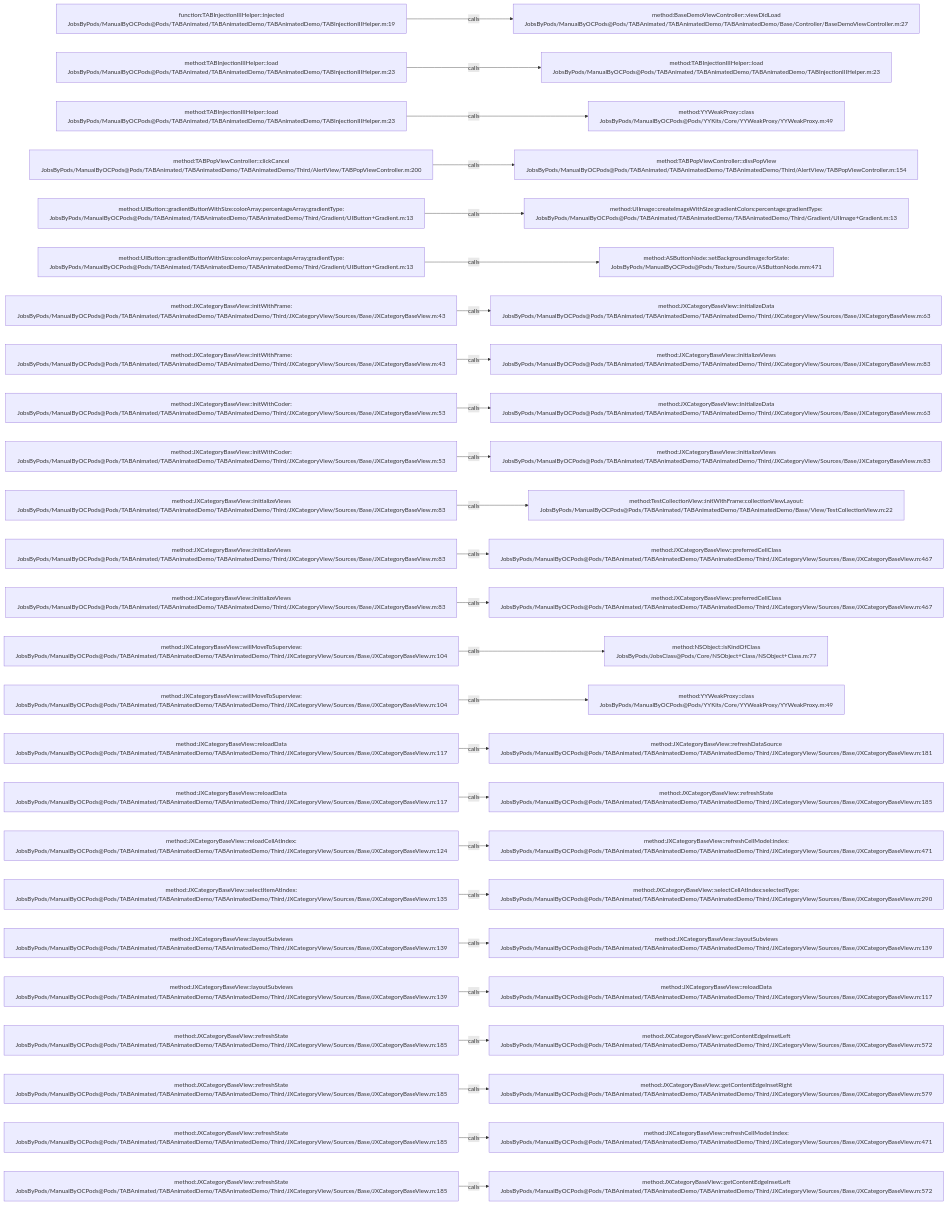
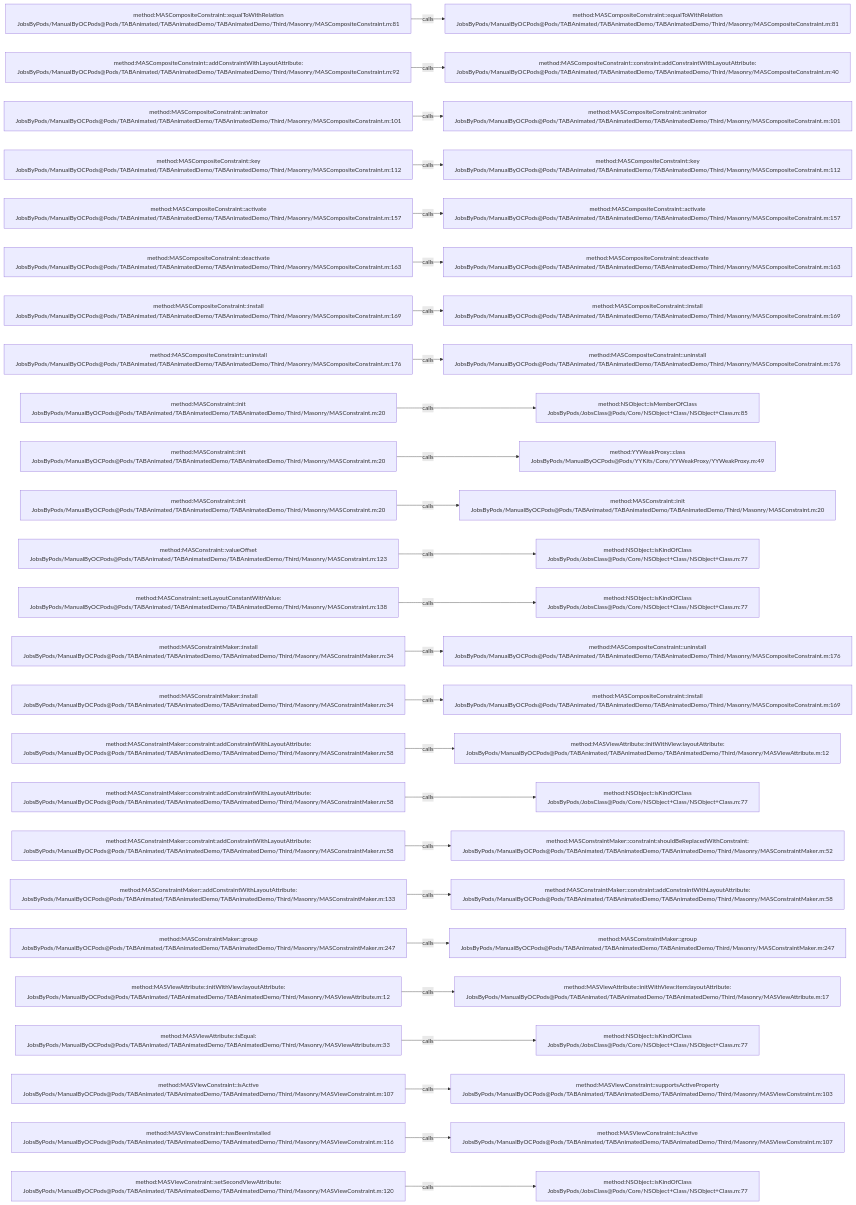
Before and after one commit to JobsKits/JobsOCBaseConfigDemo: the diagram in .codegraph/codegraph.md/graphs/calls-042.md, drawn with Mermaid. The commit also changed 1353 other files, not shown here.

````diff
--- a/.codegraph/codegraph.md/graphs/calls-042.md
+++ b/.codegraph/codegraph.md/graphs/calls-042.md
@@ -13,78 +13,78 @@
 ```mermaid
 flowchart LR
-  S1["function:TABInjectionIIIHelper::injected<br/>JobsByPods/ManualByOCPods@Pods/TABAnimated/TABAnimatedDemo/TABAnimatedDemo/TABInjectionIIIHelper.m:19"]
-  T1["method:BaseDemoViewController::viewDidLoad<br/>JobsByPods/ManualByOCPods@Pods/TABAnimated/TABAnimatedDemo/TABAnimatedDemo/Base/Controller/BaseDemoViewController.m:27"]
+  S1["method:MASCompositeConstraint::equalToWithRelation<br/>JobsByPods/ManualByOCPods@Pods/TABAnimated/TABAnimatedDemo/TABAnimatedDemo/Third/Masonry/MASCompositeConstraint.m:81"]
+  T1["method:MASCompositeConstraint::equalToWithRelation<br/>JobsByPods/ManualByOCPods@Pods/TABAnimated/TABAnimatedDemo/TABAnimatedDemo/Third/Masonry/MASCompositeConstraint.m:81"]
   S1 -->|calls| T1
-  S2["method:TABInjectionIIIHelper::load<br/>JobsByPods/ManualByOCPods@Pods/TABAnimated/TABAnimatedDemo/TABAnimatedDemo/TABInjectionIIIHelper.m:23"]
-  T2["method:TABInjectionIIIHelper::load<br/>JobsByPods/ManualByOCPods@Pods/TABAnimated/TABAnimatedDemo/TABAnimatedDemo/TABInjectionIIIHelper.m:23"]
+  S2["method:MASCompositeConstraint::addConstraintWithLayoutAttribute:<br/>JobsByPods/ManualByOCPods@Pods/TABAnimated/TABAnimatedDemo/TABAnimatedDemo/Third/Masonry/MASCompositeConstraint.m:92"]
+  T2["method:MASCompositeConstraint::constraint:addConstraintWithLayoutAttribute:<br/>JobsByPods/ManualByOCPods@Pods/TABAnimated/TABAnimatedDemo/TABAnimatedDemo/Third/Masonry/MASCompositeConstraint.m:40"]
   S2 -->|calls| T2
-  S3["method:TABInjectionIIIHelper::load<br/>JobsByPods/ManualByOCPods@Pods/TABAnimated/TABAnimatedDemo/TABAnimatedDemo/TABInjectionIIIHelper.m:23"]
-  T3["method:YYWeakProxy::class<br/>JobsByPods/ManualByOCPods@Pods/YYKits/Core/YYWeakProxy/YYWeakProxy.m:49"]
+  S3["method:MASCompositeConstraint::animator<br/>JobsByPods/ManualByOCPods@Pods/TABAnimated/TABAnimatedDemo/TABAnimatedDemo/Third/Masonry/MASCompositeConstraint.m:101"]
+  T3["method:MASCompositeConstraint::animator<br/>JobsByPods/ManualByOCPods@Pods/TABAnimated/TABAnimatedDemo/TABAnimatedDemo/Third/Masonry/MASCompositeConstraint.m:101"]
   S3 -->|calls| T3
-  S4["method:TABPopViewController::clickCancel<br/>JobsByPods/ManualByOCPods@Pods/TABAnimated/TABAnimatedDemo/TABAnimatedDemo/Third/AlertView/TABPopViewController.m:200"]
-  T4["method:TABPopViewController::dissPopView<br/>JobsByPods/ManualByOCPods@Pods/TABAnimated/TABAnimatedDemo/TABAnimatedDemo/Third/AlertView/TABPopViewController.m:154"]
+  S4["method:MASCompositeConstraint::key<br/>JobsByPods/ManualByOCPods@Pods/TABAnimated/TABAnimatedDemo/TABAnimatedDemo/Third/Masonry/MASCompositeConstraint.m:112"]
+  T4["method:MASCompositeConstraint::key<br/>JobsByPods/ManualByOCPods@Pods/TABAnimated/TABAnimatedDemo/TABAnimatedDemo/Third/Masonry/MASCompositeConstraint.m:112"]
   S4 -->|calls| T4
-  S5["method:UIButton::gradientButtonWithSize:colorArray:percentageArray:gradientType:<br/>JobsByPods/ManualByOCPods@Pods/TABAnimated/TABAnimatedDemo/TABAnimatedDemo/Third/Gradient/UIButton+Gradient.m:13"]
-  T5["method:UIImage::createImageWithSize:gradientColors:percentage:gradientType:<br/>JobsByPods/ManualByOCPods@Pods/TABAnimated/TABAnimatedDemo/TABAnimatedDemo/Third/Gradient/UIImage+Gradient.m:13"]
+  S5["method:MASCompositeConstraint::activate<br/>JobsByPods/ManualByOCPods@Pods/TABAnimated/TABAnimatedDemo/TABAnimatedDemo/Third/Masonry/MASCompositeConstraint.m:157"]
+  T5["method:MASCompositeConstraint::activate<br/>JobsByPods/ManualByOCPods@Pods/TABAnimated/TABAnimatedDemo/TABAnimatedDemo/Third/Masonry/MASCompositeConstraint.m:157"]
   S5 -->|calls| T5
-  S6["method:UIButton::gradientButtonWithSize:colorArray:percentageArray:gradientType:<br/>JobsByPods/ManualByOCPods@Pods/TABAnimated/TABAnimatedDemo/TABAnimatedDemo/Third/Gradient/UIButton+Gradient.m:13"]
-  T6["method:ASButtonNode::setBackgroundImage:forState:<br/>JobsByPods/ManualByOCPods@Pods/Texture/Source/ASButtonNode.mm:471"]
+  S6["method:MASCompositeConstraint::deactivate<br/>JobsByPods/ManualByOCPods@Pods/TABAnimated/TABAnimatedDemo/TABAnimatedDemo/Third/Masonry/MASCompositeConstraint.m:163"]
+  T6["method:MASCompositeConstraint::deactivate<br/>JobsByPods/ManualByOCPods@Pods/TABAnimated/TABAnimatedDemo/TABAnimatedDemo/Third/Masonry/MASCompositeConstraint.m:163"]
   S6 -->|calls| T6
-  S7["method:JXCategoryBaseView::initWithFrame:<br/>JobsByPods/ManualByOCPods@Pods/TABAnimated/TABAnimatedDemo/TABAnimatedDemo/Third/JXCategoryView/Sources/Base/JXCategoryBaseView.m:43"]
-  T7["method:JXCategoryBaseView::initializeData<br/>JobsByPods/ManualByOCPods@Pods/TABAnimated/TABAnimatedDemo/TABAnimatedDemo/Third/JXCategoryView/Sources/Base/JXCategoryBaseView.m:63"]
+  S7["method:MASCompositeConstraint::install<br/>JobsByPods/ManualByOCPods@Pods/TABAnimated/TABAnimatedDemo/TABAnimatedDemo/Third/Masonry/MASCompositeConstraint.m:169"]
+  T7["method:MASCompositeConstraint::install<br/>JobsByPods/ManualByOCPods@Pods/TABAnimated/TABAnimatedDemo/TABAnimatedDemo/Third/Masonry/MASCompositeConstraint.m:169"]
   S7 -->|calls| T7
-  S8["method:JXCategoryBaseView::initWithFrame:<br/>JobsByPods/ManualByOCPods@Pods/TABAnimated/TABAnimatedDemo/TABAnimatedDemo/Third/JXCategoryView/Sources/Base/JXCategoryBaseView.m:43"]
-  T8["method:JXCategoryBaseView::initializeViews<br/>JobsByPods/ManualByOCPods@Pods/TABAnimated/TABAnimatedDemo/TABAnimatedDemo/Third/JXCategoryView/Sources/Base/JXCategoryBaseView.m:83"]
+  S8["method:MASCompositeConstraint::uninstall<br/>JobsByPods/ManualByOCPods@Pods/TABAnimated/TABAnimatedDemo/TABAnimatedDemo/Third/Masonry/MASCompositeConstraint.m:176"]
+  T8["method:MASCompositeConstraint::uninstall<br/>JobsByPods/ManualByOCPods@Pods/TABAnimated/TABAnimatedDemo/TABAnimatedDemo/Third/Masonry/MASCompositeConstraint.m:176"]
   S8 -->|calls| T8
-  S9["method:JXCategoryBaseView::initWithCoder:<br/>JobsByPods/ManualByOCPods@Pods/TABAnimated/TABAnimatedDemo/TABAnimatedDemo/Third/JXCategoryView/Sources/Base/JXCategoryBaseView.m:53"]
-  T9["method:JXCategoryBaseView::initializeData<br/>JobsByPods/ManualByOCPods@Pods/TABAnimated/TABAnimatedDemo/TABAnimatedDemo/Third/JXCategoryView/Sources/Base/JXCategoryBaseView.m:63"]
+  S9["method:MASConstraint::init<br/>JobsByPods/ManualByOCPods@Pods/TABAnimated/TABAnimatedDemo/TABAnimatedDemo/Third/Masonry/MASConstraint.m:20"]
+  T9["method:NSObject::isMemberOfClass<br/>JobsByPods/JobsClass@Pods/Core/NSObject+Class/NSObject+Class.m:85"]
   S9 -->|calls| T9
-  S10["method:JXCategoryBaseView::initWithCoder:<br/>JobsByPods/ManualByOCPods@Pods/TABAnimated/TABAnimatedDemo/TABAnimatedDemo/Third/JXCategoryView/Sources/Base/JXCategoryBaseView.m:53"]
-  T10["method:JXCategoryBaseView::initializeViews<br/>JobsByPods/ManualByOCPods@Pods/TABAnimated/TABAnimatedDemo/TABAnimatedDemo/Third/JXCategoryView/Sources/Base/JXCategoryBaseView.m:83"]
+  S10["method:MASConstraint::init<br/>JobsByPods/ManualByOCPods@Pods/TABAnimated/TABAnimatedDemo/TABAnimatedDemo/Third/Masonry/MASConstraint.m:20"]
+  T10["method:YYWeakProxy::class<br/>JobsByPods/ManualByOCPods@Pods/YYKits/Core/YYWeakProxy/YYWeakProxy.m:49"]
   S10 -->|calls| T10
-  S11["method:JXCategoryBaseView::initializeViews<br/>JobsByPods/ManualByOCPods@Pods/TABAnimated/TABAnimatedDemo/TABAnimatedDemo/Third/JXCategoryView/Sources/Base/JXCategoryBaseView.m:83"]
-  T11["method:TestCollectionView::initWithFrame:collectionViewLayout:<br/>JobsByPods/ManualByOCPods@Pods/TABAnimated/TABAnimatedDemo/TABAnimatedDemo/Base/View/TestCollectionView.m:22"]
+  S11["method:MASConstraint::init<br/>JobsByPods/ManualByOCPods@Pods/TABAnimated/TABAnimatedDemo/TABAnimatedDemo/Third/Masonry/MASConstraint.m:20"]
+  T11["method:MASConstraint::init<br/>JobsByPods/ManualByOCPods@Pods/TABAnimated/TABAnimatedDemo/TABAnimatedDemo/Third/Masonry/MASConstraint.m:20"]
   S11 -->|calls| T11
-  S12["method:JXCategoryBaseView::initializeViews<br/>JobsByPods/ManualByOCPods@Pods/TABAnimated/TABAnimatedDemo/TABAnimatedDemo/Third/JXCategoryView/Sources/Base/JXCategoryBaseView.m:83"]
-  T12["method:JXCategoryBaseView::preferredCellClass<br/>JobsByPods/ManualByOCPods@Pods/TABAnimated/TABAnimatedDemo/TABAnimatedDemo/Third/JXCategoryView/Sources/Base/JXCategoryBaseView.m:467"]
+  S12["method:MASConstraint::valueOffset<br/>JobsByPods/ManualByOCPods@Pods/TABAnimated/TABAnimatedDemo/TABAnimatedDemo/Third/Masonry/MASConstraint.m:123"]
+  T12["method:NSObject::isKindOfClass<br/>JobsByPods/JobsClass@Pods/Core/NSObject+Class/NSObject+Class.m:77"]
   S12 -->|calls| T12
-  S13["method:JXCategoryBaseView::initializeViews<br/>JobsByPods/ManualByOCPods@Pods/TABAnimated/TABAnimatedDemo/TABAnimatedDemo/Third/JXCategoryView/Sources/Base/JXCategoryBaseView.m:83"]
-  T13["method:JXCategoryBaseView::preferredCellClass<br/>JobsByPods/ManualByOCPods@Pods/TABAnimated/TABAnimatedDemo/TABAnimatedDemo/Third/JXCategoryView/Sources/Base/JXCategoryBaseView.m:467"]
+  S13["method:MASConstraint::setLayoutConstantWithValue:<br/>JobsByPods/ManualByOCPods@Pods/TABAnimated/TABAnimatedDemo/TABAnimatedDemo/Third/Masonry/MASConstraint.m:138"]
+  T13["method:NSObject::isKindOfClass<br/>JobsByPods/JobsClass@Pods/Core/NSObject+Class/NSObject+Class.m:77"]
   S13 -->|calls| T13
-  S14["method:JXCategoryBaseView::willMoveToSuperview:<br/>JobsByPods/ManualByOCPods@Pods/TABAnimated/TABAnimatedDemo/TABAnimatedDemo/Third/JXCategoryView/Sources/Base/JXCategoryBaseView.m:104"]
-  T14["method:NSObject::isKindOfClass<br/>JobsByPods/JobsClass@Pods/Core/NSObject+Class/NSObject+Class.m:77"]
+  S14["method:MASConstraintMaker::install<br/>JobsByPods/ManualByOCPods@Pods/TABAnimated/TABAnimatedDemo/TABAnimatedDemo/Third/Masonry/MASConstraintMaker.m:34"]
+  T14["method:MASCompositeConstraint::uninstall<br/>JobsByPods/ManualByOCPods@Pods/TABAnimated/TABAnimatedDemo/TABAnimatedDemo/Third/Masonry/MASCompositeConstraint.m:176"]
   S14 -->|calls| T14
-  S15["method:JXCategoryBaseView::willMoveToSuperview:<br/>JobsByPods/ManualByOCPods@Pods/TABAnimated/TABAnimatedDemo/TABAnimatedDemo/Third/JXCategoryView/Sources/Base/JXCategoryBaseView.m:104"]
-  T15["method:YYWeakProxy::class<br/>JobsByPods/ManualByOCPods@Pods/YYKits/Core/YYWeakProxy/YYWeakProxy.m:49"]
+  S15["method:MASConstraintMaker::install<br/>JobsByPods/ManualByOCPods@Pods/TABAnimated/TABAnimatedDemo/TABAnimatedDemo/Third/Masonry/MASConstraintMaker.m:34"]
+  T15["method:MASCompositeConstraint::install<br/>JobsByPods/ManualByOCPods@Pods/TABAnimated/TABAnimatedDemo/TABAnimatedDemo/Third/Masonry/MASCompositeConstraint.m:169"]
   S15 -->|calls| T15
-  S16["method:JXCategoryBaseView::reloadData<br/>JobsByPods/ManualByOCPods@Pods/TABAnimated/TABAnimatedDemo/TABAnimatedDemo/Third/JXCategoryView/Sources/Base/JXCategoryBaseView.m:117"]
-  T16["method:JXCategoryBaseView::refreshDataSource<br/>JobsByPods/ManualByOCPods@Pods/TABAnimated/TABAnimatedDemo/TABAnimatedDemo/Third/JXCategoryView/Sources/Base/JXCategoryBaseView.m:181"]
+  S16["method:MASConstraintMaker::constraint:addConstraintWithLayoutAttribute:<br/>JobsByPods/ManualByOCPods@Pods/TABAnimated/TABAnimatedDemo/TABAnimatedDemo/Third/Masonry/MASConstraintMaker.m:58"]
+  T16["method:MASViewAttribute::initWithView:layoutAttribute:<br/>JobsByPods/ManualByOCPods@Pods/TABAnimated/TABAnimatedDemo/TABAnimatedDemo/Third/Masonry/MASViewAttribute.m:12"]
   S16 -->|calls| T16
-  S17["method:JXCategoryBaseView::reloadData<br/>JobsByPods/ManualByOCPods@Pods/TABAnimated/TABAnimatedDemo/TABAnimatedDemo/Third/JXCategoryView/Sources/Base/JXCategoryBaseView.m:117"]
-  T17["method:JXCategoryBaseView::refreshState<br/>JobsByPods/ManualByOCPods@Pods/TABAnimated/TABAnimatedDemo/TABAnimatedDemo/Third/JXCategoryView/Sources/Base/JXCategoryBaseView.m:185"]
+  S17["method:MASConstraintMaker::constraint:addConstraintWithLayoutAttribute:<br/>JobsByPods/ManualByOCPods@Pods/TABAnimated/TABAnimatedDemo/TABAnimatedDemo/Third/Masonry/MASConstraintMaker.m:58"]
+  T17["method:NSObject::isKindOfClass<br/>JobsByPods/JobsClass@Pods/Core/NSObject+Class/NSObject+Class.m:77"]
   S17 -->|calls| T17
-  S18["method:JXCategoryBaseView::reloadCellAtIndex:<br/>JobsByPods/ManualByOCPods@Pods/TABAnimated/TABAnimatedDemo/TABAnimatedDemo/Third/JXCategoryView/Sources/Base/JXCategoryBaseView.m:124"]
-  T18["method:JXCategoryBaseView::refreshCellModel:index:<br/>JobsByPods/ManualByOCPods@Pods/TABAnimated/TABAnimatedDemo/TABAnimatedDemo/Third/JXCategoryView/Sources/Base/JXCategoryBaseView.m:471"]
+  S18["method:MASConstraintMaker::constraint:addConstraintWithLayoutAttribute:<br/>JobsByPods/ManualByOCPods@Pods/TABAnimated/TABAnimatedDemo/TABAnimatedDemo/Third/Masonry/MASConstraintMaker.m:58"]
+  T18["method:MASConstraintMaker::constraint:shouldBeReplacedWithConstraint:<br/>JobsByPods/ManualByOCPods@Pods/TABAnimated/TABAnimatedDemo/TABAnimatedDemo/Third/Masonry/MASConstraintMaker.m:52"]
   S18 -->|calls| T18
-  S19["method:JXCategoryBaseView::selectItemAtIndex:<br/>JobsByPods/ManualByOCPods@Pods/TABAnimated/TABAnimatedDemo/TABAnimatedDemo/Third/JXCategoryView/Sources/Base/JXCategoryBaseView.m:135"]
-  T19["method:JXCategoryBaseView::selectCellAtIndex:selectedType:<br/>JobsByPods/ManualByOCPods@Pods/TABAnimated/TABAnimatedDemo/TABAnimatedDemo/Third/JXCategoryView/Sources/Base/JXCategoryBaseView.m:290"]
+  S19["method:MASConstraintMaker::addConstraintWithLayoutAttribute:<br/>JobsByPods/ManualByOCPods@Pods/TABAnimated/TABAnimatedDemo/TABAnimatedDemo/Third/Masonry/MASConstraintMaker.m:133"]
+  T19["method:MASConstraintMaker::constraint:addConstraintWithLayoutAttribute:<br/>JobsByPods/ManualByOCPods@Pods/TABAnimated/TABAnimatedDemo/TABAnimatedDemo/Third/Masonry/MASConstraintMaker.m:58"]
   S19 -->|calls| T19
-  S20["method:JXCategoryBaseView::layoutSubviews<br/>JobsByPods/ManualByOCPods@Pods/TABAnimated/TABAnimatedDemo/TABAnimatedDemo/Third/JXCategoryView/Sources/Base/JXCategoryBaseView.m:139"]
-  T20["method:JXCategoryBaseView::layoutSubviews<br/>JobsByPods/ManualByOCPods@Pods/TABAnimated/TABAnimatedDemo/TABAnimatedDemo/Third/JXCategoryView/Sources/Base/JXCategoryBaseView.m:139"]
+  S20["method:MASConstraintMaker::group<br/>JobsByPods/ManualByOCPods@Pods/TABAnimated/TABAnimatedDemo/TABAnimatedDemo/Third/Masonry/MASConstraintMaker.m:247"]
+  T20["method:MASConstraintMaker::group<br/>JobsByPods/ManualByOCPods@Pods/TABAnimated/TABAnimatedDemo/TABAnimatedDemo/Third/Masonry/MASConstraintMaker.m:247"]
   S20 -->|calls| T20
-  S21["method:JXCategoryBaseView::layoutSubviews<br/>JobsByPods/ManualByOCPods@Pods/TABAnimated/TABAnimatedDemo/TABAnimatedDemo/Third/JXCategoryView/Sources/Base/JXCategoryBaseView.m:139"]
-  T21["method:JXCategoryBaseView::reloadData<br/>JobsByPods/ManualByOCPods@Pods/TABAnimated/TABAnimatedDemo/TABAnimatedDemo/Third/JXCategoryView/Sources/Base/JXCategoryBaseView.m:117"]
+  S21["method:MASViewAttribute::initWithView:layoutAttribute:<br/>JobsByPods/ManualByOCPods@Pods/TABAnimated/TABAnimatedDemo/TABAnimatedDemo/Third/Masonry/MASViewAttribute.m:12"]
+  T21["method:MASViewAttribute::initWithView:item:layoutAttribute:<br/>JobsByPods/ManualByOCPods@Pods/TABAnimated/TABAnimatedDemo/TABAnimatedDemo/Third/Masonry/MASViewAttribute.m:17"]
   S21 -->|calls| T21
-  S22["method:JXCategoryBaseView::refreshState<br/>JobsByPods/ManualByOCPods@Pods/TABAnimated/TABAnimatedDemo/TABAnimatedDemo/Third/JXCategoryView/Sources/Base/JXCategoryBaseView.m:185"]
-  T22["method:JXCategoryBaseView::getContentEdgeInsetLeft<br/>JobsByPods/ManualByOCPods@Pods/TABAnimated/TABAnimatedDemo/TABAnimatedDemo/Third/JXCategoryView/Sources/Base/JXCategoryBaseView.m:572"]
+  S22["method:MASViewAttribute::isEqual:<br/>JobsByPods/ManualByOCPods@Pods/TABAnimated/TABAnimatedDemo/TABAnimatedDemo/Third/Masonry/MASViewAttribute.m:33"]
+  T22["method:NSObject::isKindOfClass<br/>JobsByPods/JobsClass@Pods/Core/NSObject+Class/NSObject+Class.m:77"]
   S22 -->|calls| T22
-  S23["method:JXCategoryBaseView::refreshState<br/>JobsByPods/ManualByOCPods@Pods/TABAnimated/TABAnimatedDemo/TABAnimatedDemo/Third/JXCategoryView/Sources/Base/JXCategoryBaseView.m:185"]
-  T23["method:JXCategoryBaseView::getContentEdgeInsetRight<br/>JobsByPods/ManualByOCPods@Pods/TABAnimated/TABAnimatedDemo/TABAnimatedDemo/Third/JXCategoryView/Sources/Base/JXCategoryBaseView.m:579"]
+  S23["method:MASViewConstraint::isActive<br/>JobsByPods/ManualByOCPods@Pods/TABAnimated/TABAnimatedDemo/TABAnimatedDemo/Third/Masonry/MASViewConstraint.m:107"]
+  T23["method:MASViewConstraint::supportsActiveProperty<br/>JobsByPods/ManualByOCPods@Pods/TABAnimated/TABAnimatedDemo/TABAnimatedDemo/Third/Masonry/MASViewConstraint.m:103"]
   S23 -->|calls| T23
-  S24["method:JXCategoryBaseView::refreshState<br/>JobsByPods/ManualByOCPods@Pods/TABAnimated/TABAnimatedDemo/TABAnimatedDemo/Third/JXCategoryView/Sources/Base/JXCategoryBaseView.m:185"]
-  T24["method:JXCategoryBaseView::refreshCellModel:index:<br/>JobsByPods/ManualByOCPods@Pods/TABAnimated/TABAnimatedDemo/TABAnimatedDemo/Third/JXCategoryView/Sources/Base/JXCategoryBaseView.m:471"]
+  S24["method:MASViewConstraint::hasBeenInstalled<br/>JobsByPods/ManualByOCPods@Pods/TABAnimated/TABAnimatedDemo/TABAnimatedDemo/Third/Masonry/MASViewConstraint.m:116"]
+  T24["method:MASViewConstraint::isActive<br/>JobsByPods/ManualByOCPods@Pods/TABAnimated/TABAnimatedDemo/TABAnimatedDemo/Third/Masonry/MASViewConstraint.m:107"]
   S24 -->|calls| T24
-  S25["method:JXCategoryBaseView::refreshState<br/>JobsByPods/ManualByOCPods@Pods/TABAnimated/TABAnimatedDemo/TABAnimatedDemo/Third/JXCategoryView/Sources/Base/JXCategoryBaseView.m:185"]
-  T25["method:JXCategoryBaseView::getContentEdgeInsetLeft<br/>JobsByPods/ManualByOCPods@Pods/TABAnimated/TABAnimatedDemo/TABAnimatedDemo/Third/JXCategoryView/Sources/Base/JXCategoryBaseView.m:572"]
+  S25["method:MASViewConstraint::setSecondViewAttribute:<br/>JobsByPods/ManualByOCPods@Pods/TABAnimated/TABAnimatedDemo/TABAnimatedDemo/Third/Masonry/MASViewConstraint.m:120"]
+  T25["method:NSObject::isKindOfClass<br/>JobsByPods/JobsClass@Pods/Core/NSObject+Class/NSObject+Class.m:77"]
   S25 -->|calls| T25
 ```
````
